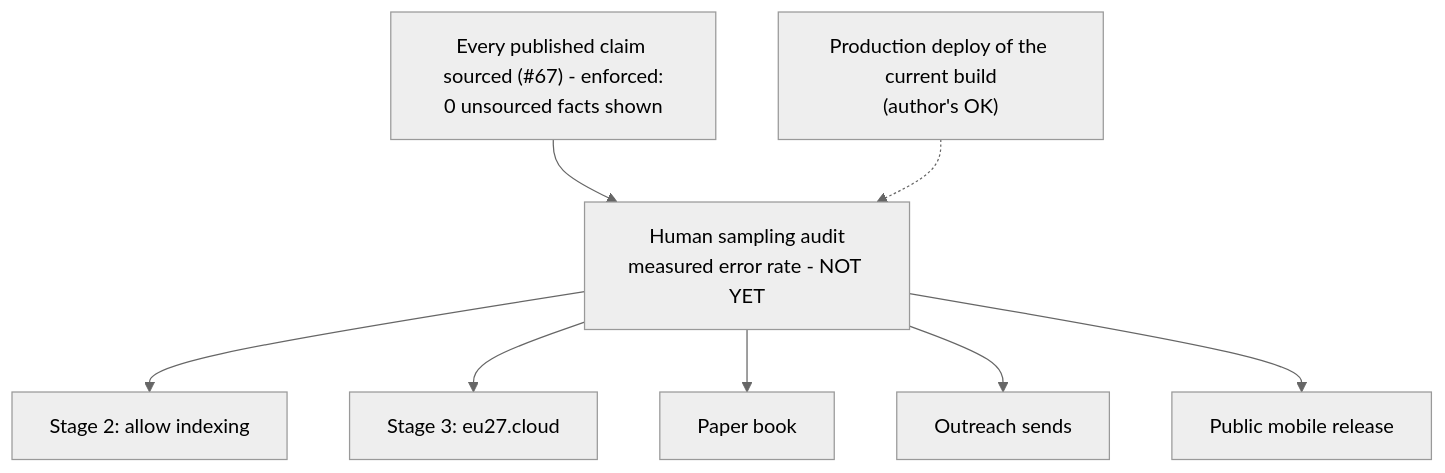
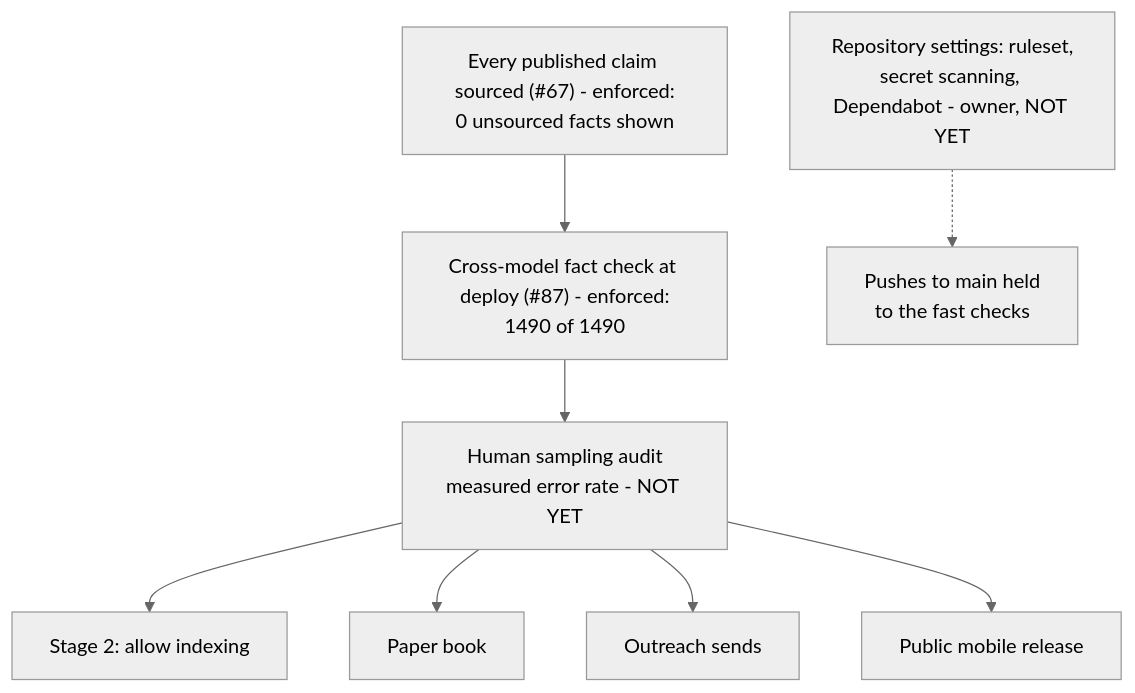
One commit to EU27-data-sovereignty/eu27-data-sovereignty changed the second of 2 diagrams in PROGRESS.md. Above: the diagram before and after it, drawn with Mermaid (neutral theme). The commit also changed other lines of this file and 1 other file, not shown here.

First line of the commit message:
PROGRESS.md: where every workstream stands on 2026-10-13, each figure from its command

````diff
--- a/PROGRESS.md
+++ b/PROGRESS.md
@@ -268,12 +264,12 @@
 ```mermaid
 flowchart TD
     V["Every published claim sourced (#67) - enforced:<br/>0 unsourced facts shown"]
+    F["Cross-model fact check at deploy (#87) - enforced:<br/>1490 of 1490"]
     H["Human sampling audit<br/>measured error rate - NOT YET"]
-    V --> H
+    V --> F --> H
     H --> IDX[Stage 2: allow indexing]
-    H --> DOM["Stage 3: eu27.cloud"]
     H --> BOOK[Paper book]
     H --> OUT[Outreach sends]
     H --> REL[Public mobile release]
-    PROD["Production deploy of the current build<br/>(author's OK)"] -.-> H
+    R["Repository settings: ruleset,<br/>secret scanning, Dependabot - owner, NOT YET"] -.-> D["Pushes to main held<br/>to the fast checks"]
 ```
````
